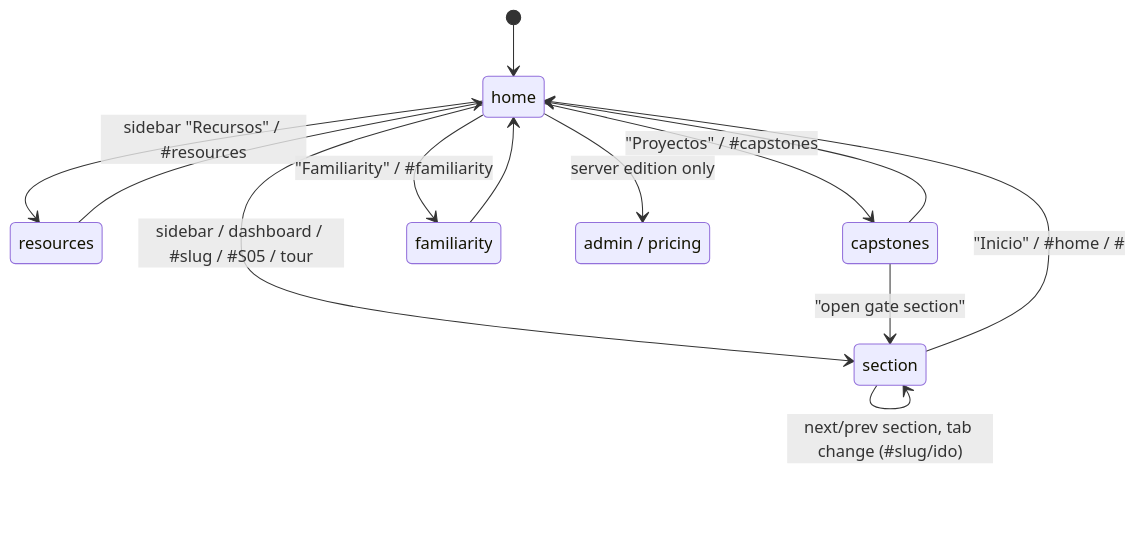
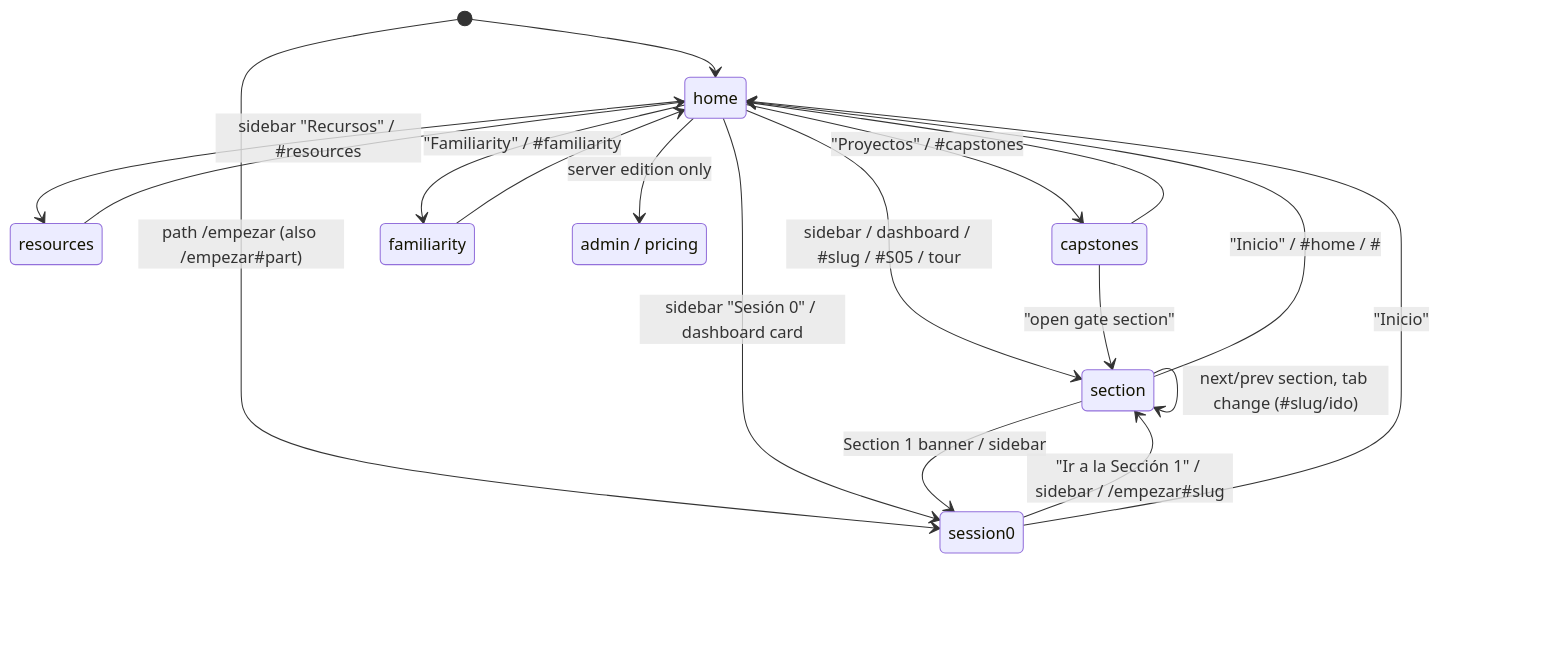
Before and after one commit to PillB/pyarcana: the second of 3 diagrams in docs/architecture/STATE_MACHINES.md, drawn with Mermaid. The commit also changed other lines of this file and 2 other files, not shown here.

First line of the commit message:
docs(session-0): log every S00/S01 difference, the root cause and the router state

````diff
--- a/docs/architecture/STATE_MACHINES.md
+++ b/docs/architecture/STATE_MACHINES.md
@@ -44,16 +44,21 @@
 ```mermaid
 stateDiagram-v2
     [*] --> home
     home --> section: sidebar / dashboard / #slug / #S05 / tour
     home --> resources: sidebar "Recursos" / #resources
     home --> capstones: "Proyectos" / #capstones
     home --> familiarity: "Familiarity" / #familiarity
     section --> section: next/prev section, tab change (#slug/ido)
     section --> home: "Inicio" / #home / #
     resources --> home
     capstones --> section: "open gate section"
     capstones --> home
     familiarity --> home
     state "admin / pricing" as server
     home --> server: server edition only
+    [*] --> session0: path /empezar (also /empezar#part)
+    home --> session0: sidebar "Sesión 0" / dashboard card
+    section --> session0: Section 1 banner / sidebar
+    session0 --> section: "Ir a la Sección 1" / sidebar / /empezar#slug
+    session0 --> home: "Inicio"
 ```
````
